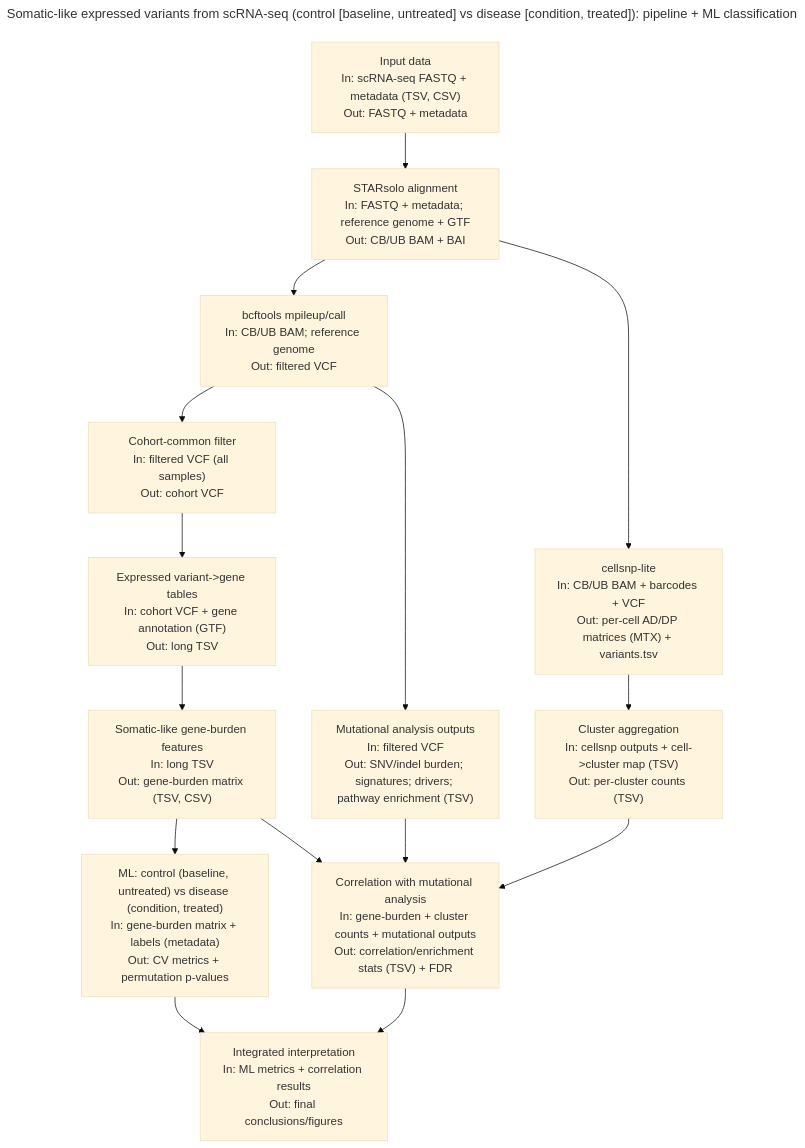
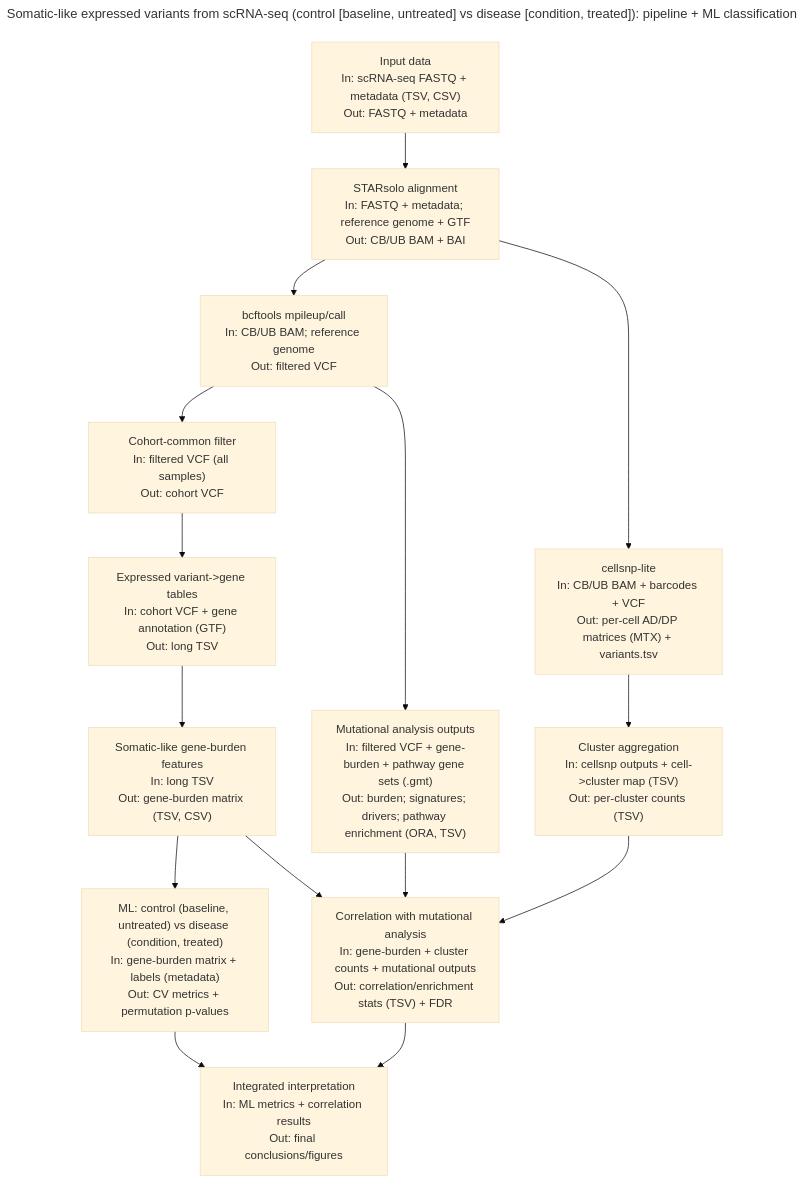
Before and after one commit to dauletulyaidyn/somatic-like-scrna-variants-ml-pipeline: the diagram in WORKFLOW.mmd, drawn with Mermaid (base theme). The commit also changed 9 other files, not shown here.

Commit message:
Add pathway enrichment (ORA) to stage 10

```diff
--- a/WORKFLOW.mmd
+++ b/WORKFLOW.mmd
@@ -1,22 +1,22 @@
 ---
 title: "Somatic-like expressed variants from scRNA-seq (control [baseline, untreated] vs disease [condition, treated]): pipeline + ML classification"
 author: "Kunikeyev Aidyn"
 doi: ""
 git: ""
 ---
 flowchart TD
 
     A["Input data<br>In: scRNA-seq FASTQ + metadata (TSV, CSV)<br>Out: FASTQ + metadata"] --> B["STARsolo alignment<br>In: FASTQ + metadata; reference genome + GTF<br>Out: CB/UB BAM + BAI"]
     B --> C["bcftools mpileup/call<br>In: CB/UB BAM; reference genome<br>Out: filtered VCF"]
     C --> D["Cohort-common filter<br>In: filtered VCF (all samples)<br>Out: cohort VCF"]
     D --> E["Expressed variant->gene tables<br>In: cohort VCF + gene annotation (GTF)<br>Out: long TSV"]
     E --> F["Somatic-like gene-burden features<br>In: long TSV<br>Out: gene-burden matrix (TSV, CSV)"]
     F --> G["ML: control (baseline, untreated) vs disease (condition, treated)<br>In: gene-burden matrix + labels (metadata)<br>Out: CV metrics + permutation p-values"]
     B --> I["cellsnp-lite<br>In: CB/UB BAM + barcodes + VCF<br>Out: per-cell AD/DP matrices (MTX) + variants.tsv"]
     I --> J["Cluster aggregation<br>In: cellsnp outputs + cell->cluster map (TSV)<br>Out: per-cluster counts (TSV)"]
     F --> H["Correlation with mutational analysis<br>In: gene-burden + cluster counts + mutational outputs<br>Out: correlation/enrichment stats (TSV) + FDR"]
     J --> H
-    C --> M["Mutational analysis outputs<br>In: filtered VCF<br>Out: SNV/indel burden; signatures; drivers; pathway enrichment (TSV)"]
+    C --> M["Mutational analysis outputs<br>In: filtered VCF + gene-burden + pathway gene sets (.gmt)<br>Out: burden; signatures; drivers; pathway enrichment (ORA, TSV)"]
     M --> H
     G --> K["Integrated interpretation<br>In: ML metrics + correlation results<br>Out: final conclusions/figures"]
     H --> K
```
